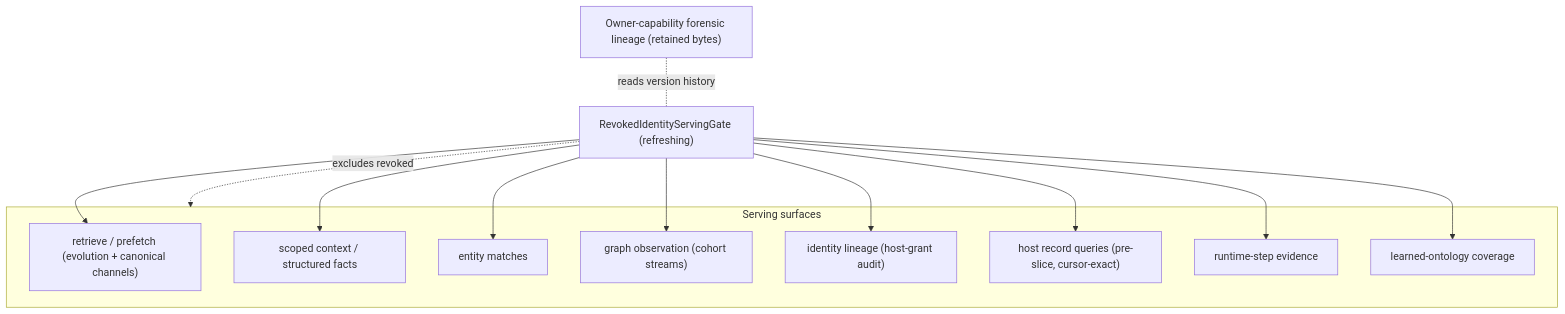
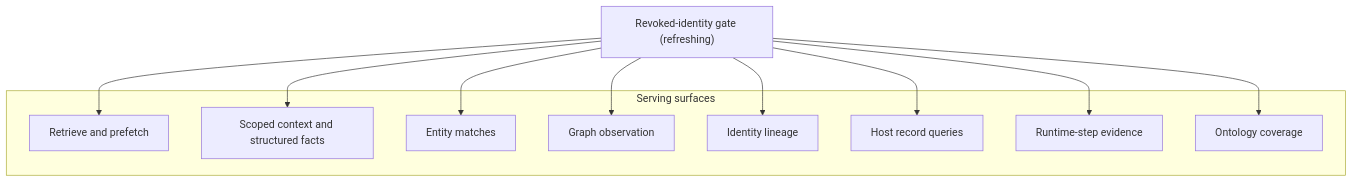
Before and after one commit to nrag/Memorii: the fifth of 7 diagrams in docs/architecture.md, drawn with Mermaid. The commit also changed other lines of this file and 1 other file, not shown here.

First line of the commit message:
docs: rewrite the README and architecture guide in Simplified Technical English (ASD-STE100)

````diff
--- a/docs/architecture.md
+++ b/docs/architecture.md
@@ -206,21 +203,17 @@
 ```mermaid
 flowchart TB
-    RV["RevokedIdentityServingGate (refreshing)"]
+    RV["Revoked-identity gate (refreshing)"]
 
     subgraph SERVE["Serving surfaces"]
-        S1["retrieve / prefetch (evolution + canonical channels)"]
-        S2["scoped context / structured facts"]
-        S3["entity matches"]
-        S4["graph observation (cohort streams)"]
-        S5["identity lineage (host-grant audit)"]
-        S6["host record queries (pre-slice, cursor-exact)"]
-        S7["runtime-step evidence"]
-        S8["learned-ontology coverage"]
+        S1["Retrieve and prefetch"]
+        S2["Scoped context and structured facts"]
+        S3["Entity matches"]
+        S4["Graph observation"]
+        S5["Identity lineage"]
+        S6["Host record queries"]
+        S7["Runtime-step evidence"]
+        S8["Ontology coverage"]
     end
 
     RV --> S1 & S2 & S3 & S4 & S5 & S6 & S7 & S8
-
-    FORENSIC["Owner-capability forensic lineage (retained bytes)"]
-    RV -. "excludes revoked" .-> SERVE
-    FORENSIC -. "reads version history" .- RV
 ```
````
